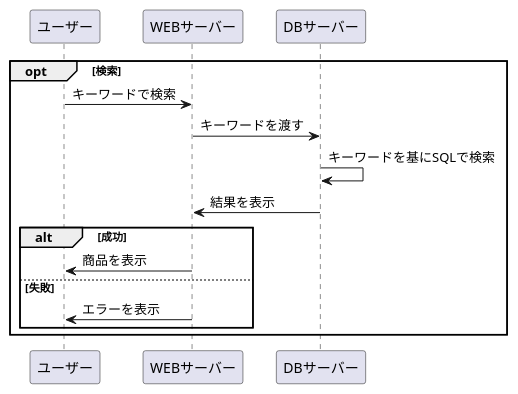
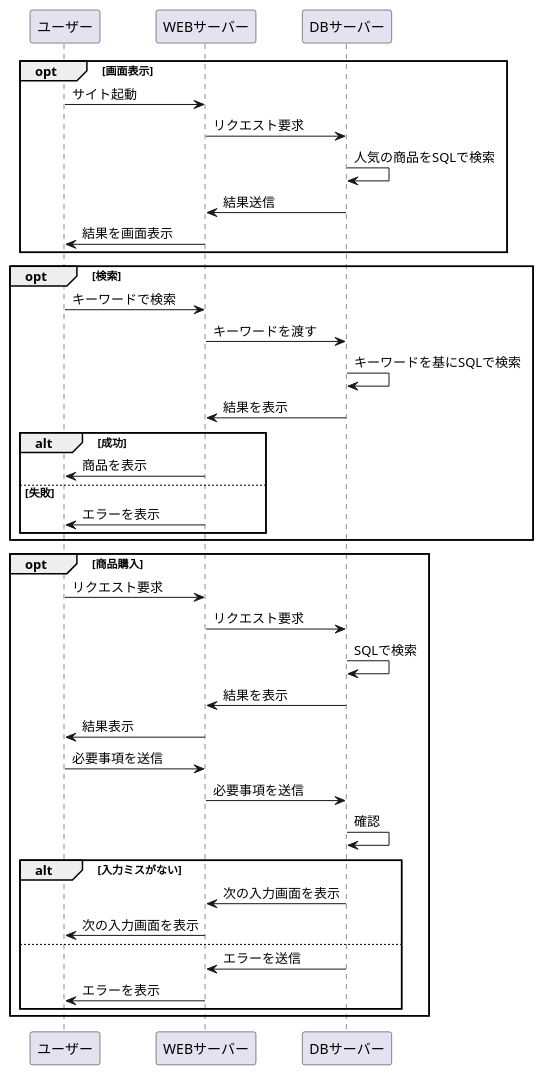
The diagram in samplefront1.md (Aso2101121/2021sys-design-2), drawn with PlantUML before and after one commit.

````diff
--- a/samplefront1.md
+++ b/samplefront1.md
@@ -1,15 +1,41 @@
 ```uml
 @startuml
+opt 画面表示
+ ユーザー -> WEBサーバー:サイト起動
+ WEBサーバー -> DBサーバー:リクエスト要求
+ DBサーバー -> DBサーバー:人気の商品をSQLで検索
+ DBサーバー -> WEBサーバー:結果送信
+ WEBサーバー -> ユーザー:結果を画面表示
+end
+
 opt 検索
  ユーザー -> WEBサーバー:キーワードで検索
  WEBサーバー -> DBサーバー:キーワードを渡す
  DBサーバー -> DBサーバー:キーワードを基にSQLで検索
  DBサーバー -> WEBサーバー:結果を表示
  alt 成功
   WEBサーバー -> ユーザー:商品を表示
  else 失敗
   WEBサーバー -> ユーザー:エラーを表示
  end
 end
+
+opt 商品購入
+ ユーザー -> WEBサーバー:リクエスト要求
+ WEBサーバー -> DBサーバー:リクエスト要求
+ DBサーバー -> DBサーバー:SQLで検索
+ DBサーバー -> WEBサーバー:結果を表示
+ WEBサーバー -> ユーザー:結果表示
+ ユーザー -> WEBサーバー:必要事項を送信
+ WEBサーバー -> DBサーバー:必要事項を送信
+ DBサーバー -> DBサーバー:確認
+ alt 入力ミスがない
+  DBサーバー -> WEBサーバー:次の入力画面を表示
+  WEBサーバー -> ユーザー:次の入力画面を表示
+ else
+  DBサーバー -> WEBサーバー:エラーを送信
+  WEBサーバー -> ユーザー:エラーを表示
+ end
+end
 @enduml
 ```
````
